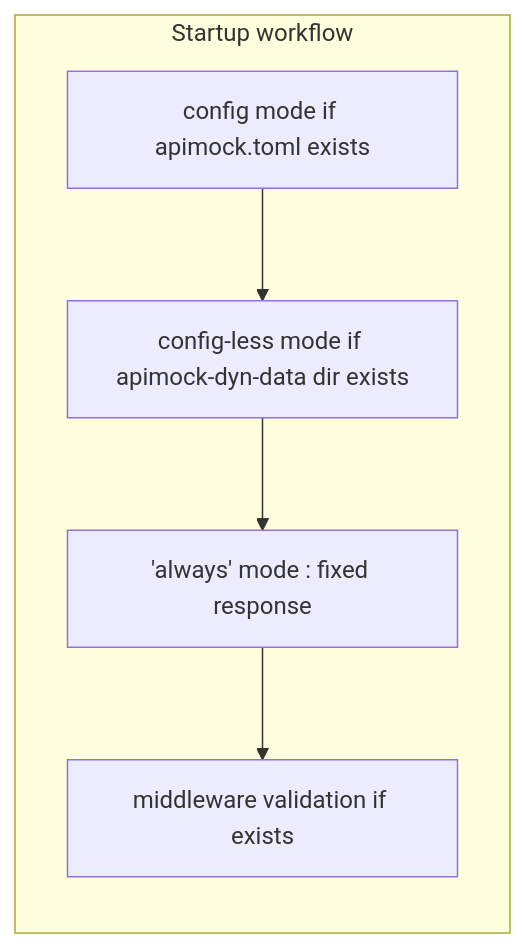
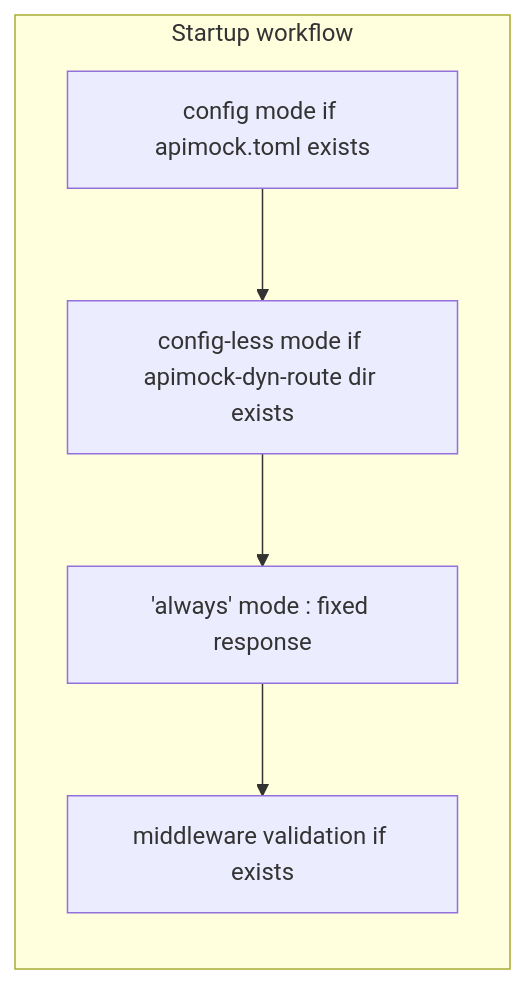
Before and after one commit to nabbisen/apimock-rs: the first of 2 diagrams in docs/SPECS.md, drawn with Mermaid. The commit also changed other lines of this file and 133 other files, not shown here.

````diff
--- a/docs/SPECS.md
+++ b/docs/SPECS.md
@@ -13,9 +13,9 @@
 ```mermaid
 graph
     subgraph Startup workflow
         direction TB
-        A[config mode if apimock.toml exists] --> B[config-less mode if apimock-dyn-data dir exists]
+        A[config mode if apimock.toml exists] --> B[config-less mode if apimock-dyn-route dir exists]
         B --> C['always' mode : fixed response]
         C --> D[middleware validation if exists]
     end
 ```
````
